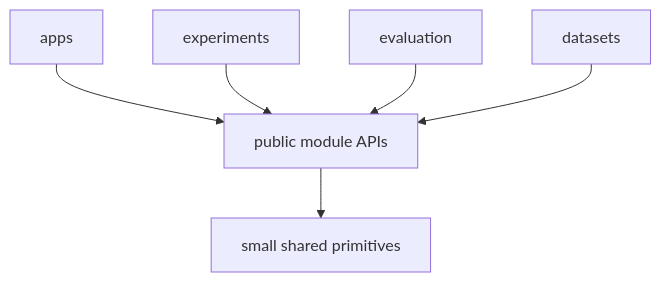
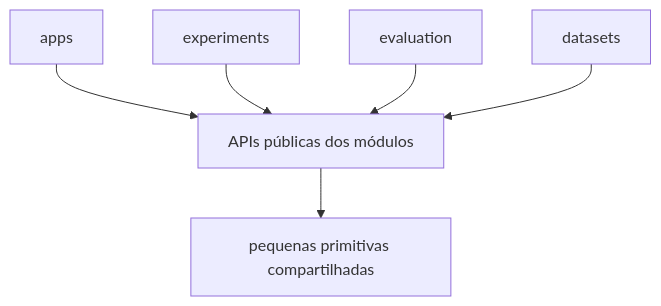
One commit to Alexandre-Tortoza/contextual-3d-mapping changed the first of 2 diagrams in docs/architecture.md. Above: the diagram before and after it, drawn with Mermaid. The commit also changed other lines of this file and 279 other files, not shown here.

````diff
--- a/docs/architecture.md
+++ b/docs/architecture.md
@@ -101,9 +101,9 @@
 ```mermaid
 flowchart TD
-    Apps[apps] --> PublicAPIs[public module APIs]
+    Apps[apps] --> PublicAPIs[APIs públicas dos módulos]
     Experiments[experiments] --> PublicAPIs
     Evaluation[evaluation] --> PublicAPIs
     Datasets[datasets] --> PublicAPIs
 
-    PublicAPIs --> Shared[small shared primitives]
+    PublicAPIs --> Shared[pequenas primitivas compartilhadas]
 ```
````
